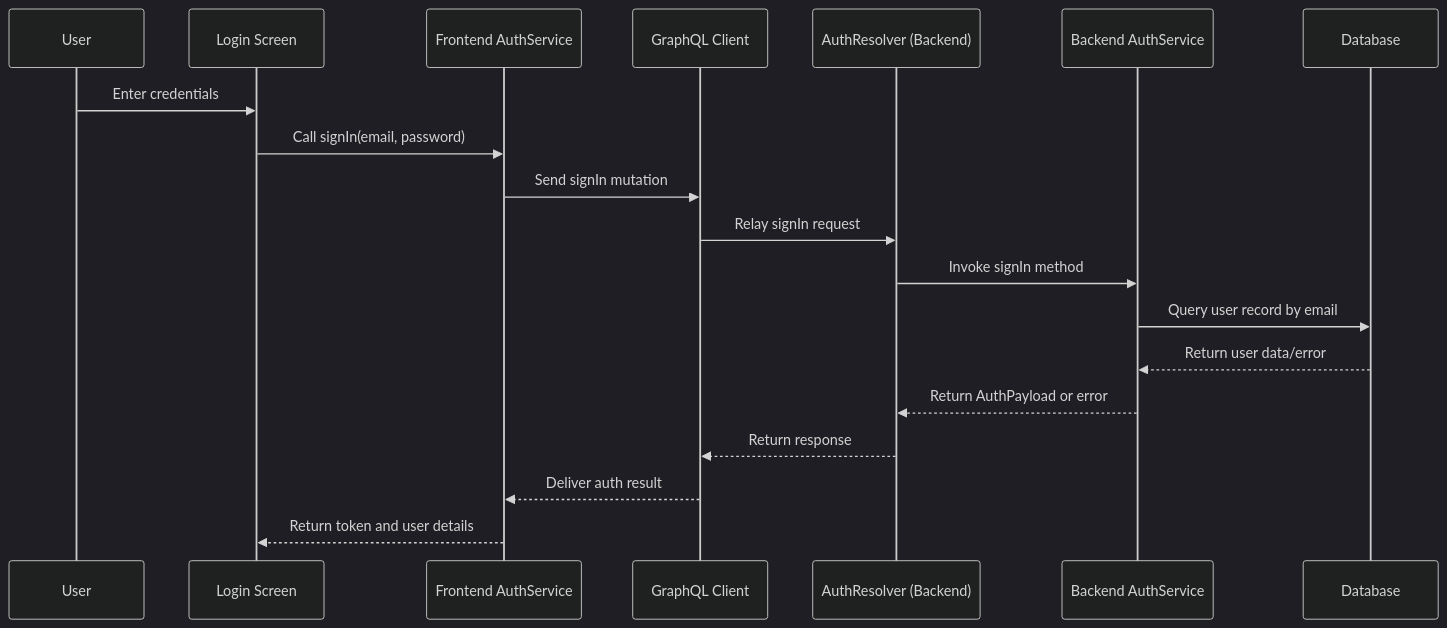
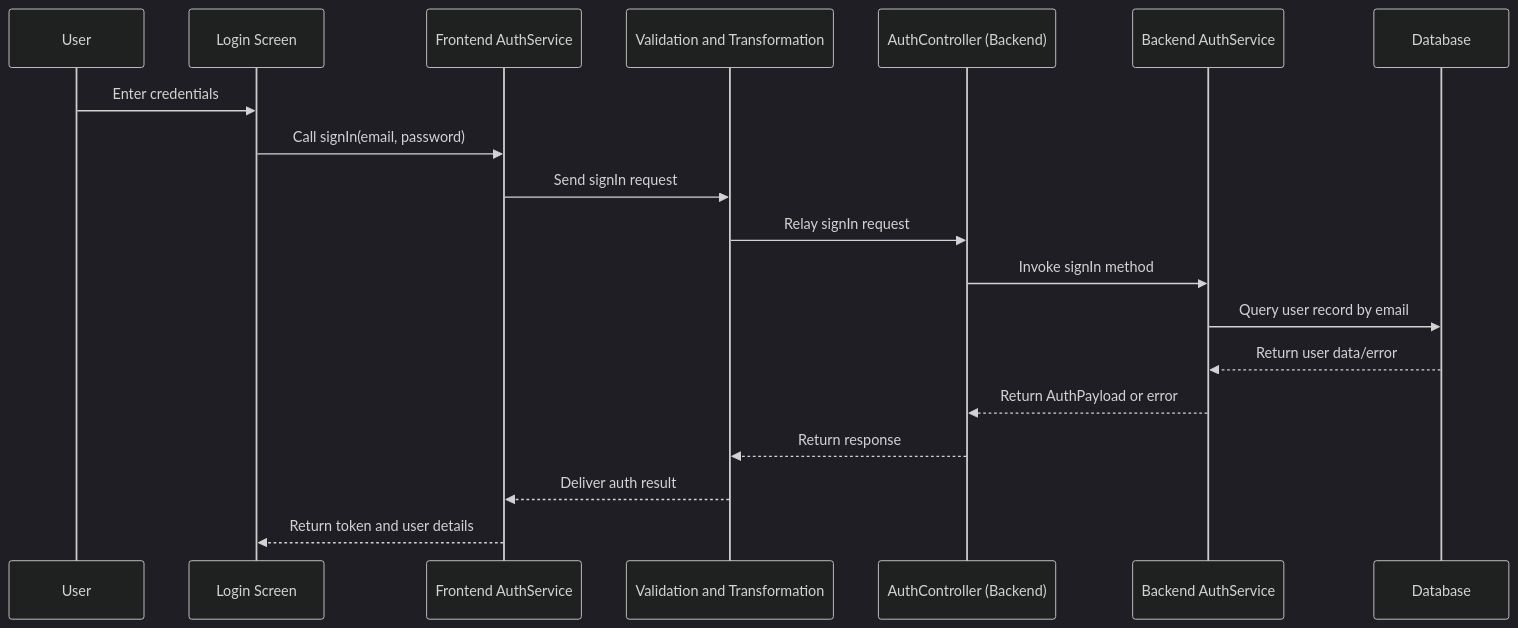
One commit to Junqo-org/junqo-platform changed the third of 4 diagrams in docs/developer/index.md. Above: the diagram before and after it, drawn with Mermaid (dark theme). The commit also changed other lines of this file and 135 other files, not shown here.

Commit message:
Remove graphql from backend  and documentation

````diff
--- a/docs/developer/index.md
+++ b/docs/developer/index.md
@@ -215,22 +215,22 @@
 ```mermaid
 sequenceDiagram
   participant U as User
   participant LS as Login Screen
   participant FAS as Frontend AuthService
-  participant GC as GraphQL Client
-  participant AR as AuthResolver (Backend)
+  participant GC as Validation and Transformation
+  participant AR as AuthController (Backend)
   participant BAS as Backend AuthService
   participant DB as Database
 
   U->>LS: Enter credentials
   LS->>FAS: Call signIn(email, password)
-  FAS->>GC: Send signIn mutation
+  FAS->>GC: Send signIn request
   GC->>AR: Relay signIn request
   AR->>BAS: Invoke signIn method
   BAS->>DB: Query user record by email
   DB-->>BAS: Return user data/error
   BAS-->>AR: Return AuthPayload or error
   AR-->>GC: Return response
   GC-->>FAS: Deliver auth result
   FAS-->>LS: Return token and user details
 ```
````
